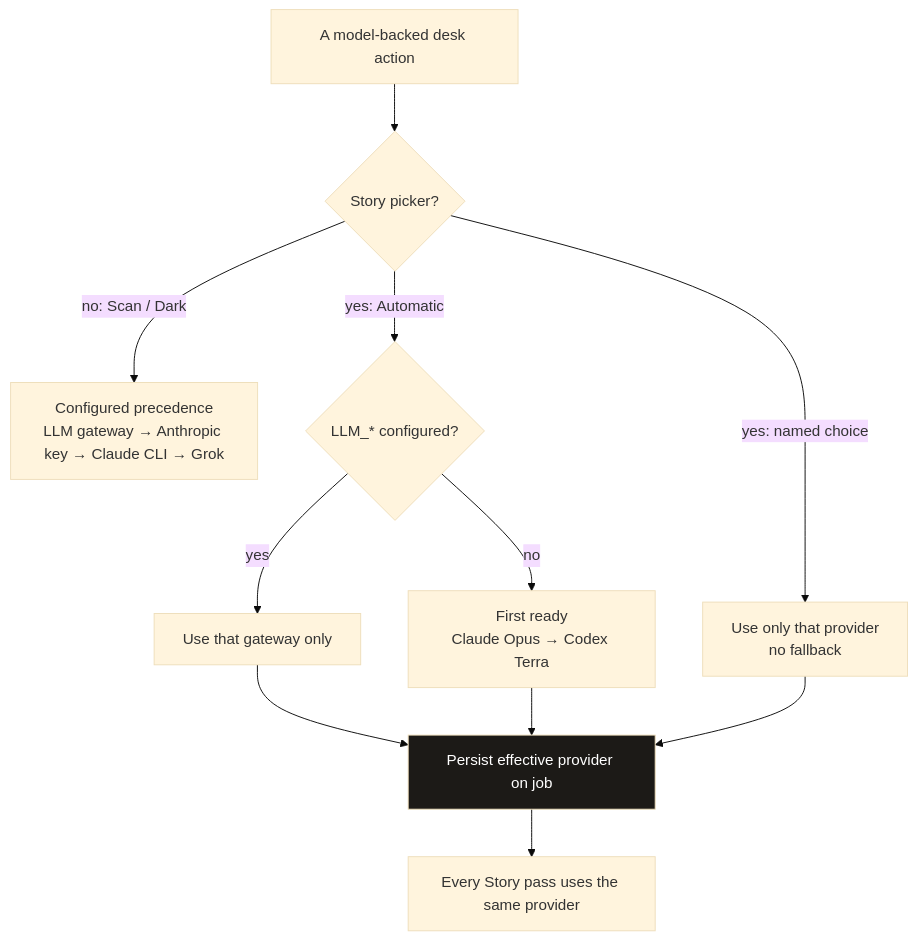
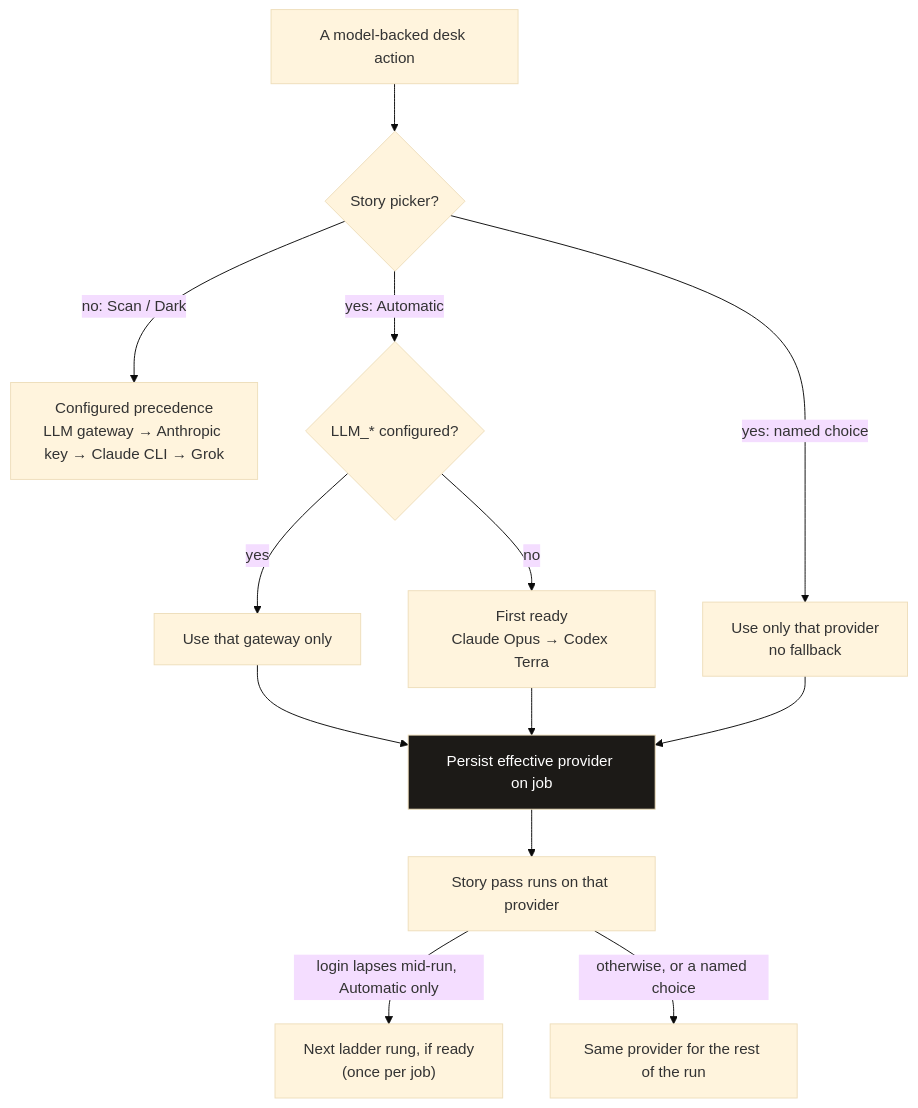
One commit to scottconverse/TownReporter changed the eighth of 8 diagrams in docs/manual.md. Above: the diagram before and after it, drawn with Mermaid (base theme). The commit also changed other lines of this file and 20 other files, not shown here.

````diff
--- a/docs/manual.md
+++ b/docs/manual.md
@@ -773,15 +776,17 @@
 ```mermaid
 flowchart TB
     CALL["A model-backed desk action"] --> KIND{"Story picker?"}
     KIND -->|no: Scan / Dark| CFG["Configured precedence<br/>LLM gateway → Anthropic key → Claude CLI → Grok"]
     KIND -->|yes: Automatic| Q1{"LLM_* configured?"}
     Q1 -->|yes| OAI["Use that gateway only"]
     Q1 -->|no| READY["First ready<br/>Claude Opus → Codex Terra"]
     KIND -->|yes: named choice| ONE["Use only that provider<br/>no fallback"]
     OAI --> SAVE["Persist effective provider on job"]
     READY --> SAVE
     ONE --> SAVE
-    SAVE --> RUN["Every Story pass uses the same provider"]
+    SAVE --> RUN["Story pass runs on that provider"]
+    RUN -->|login lapses mid-run, Automatic only| NEXT["Next ladder rung, if ready<br/>(once per job)"]
+    RUN -->|otherwise, or a named choice| SAME["Same provider for the rest of the run"]
 
     style SAVE fill:#1c1a17,color:#fff
 ```
````
